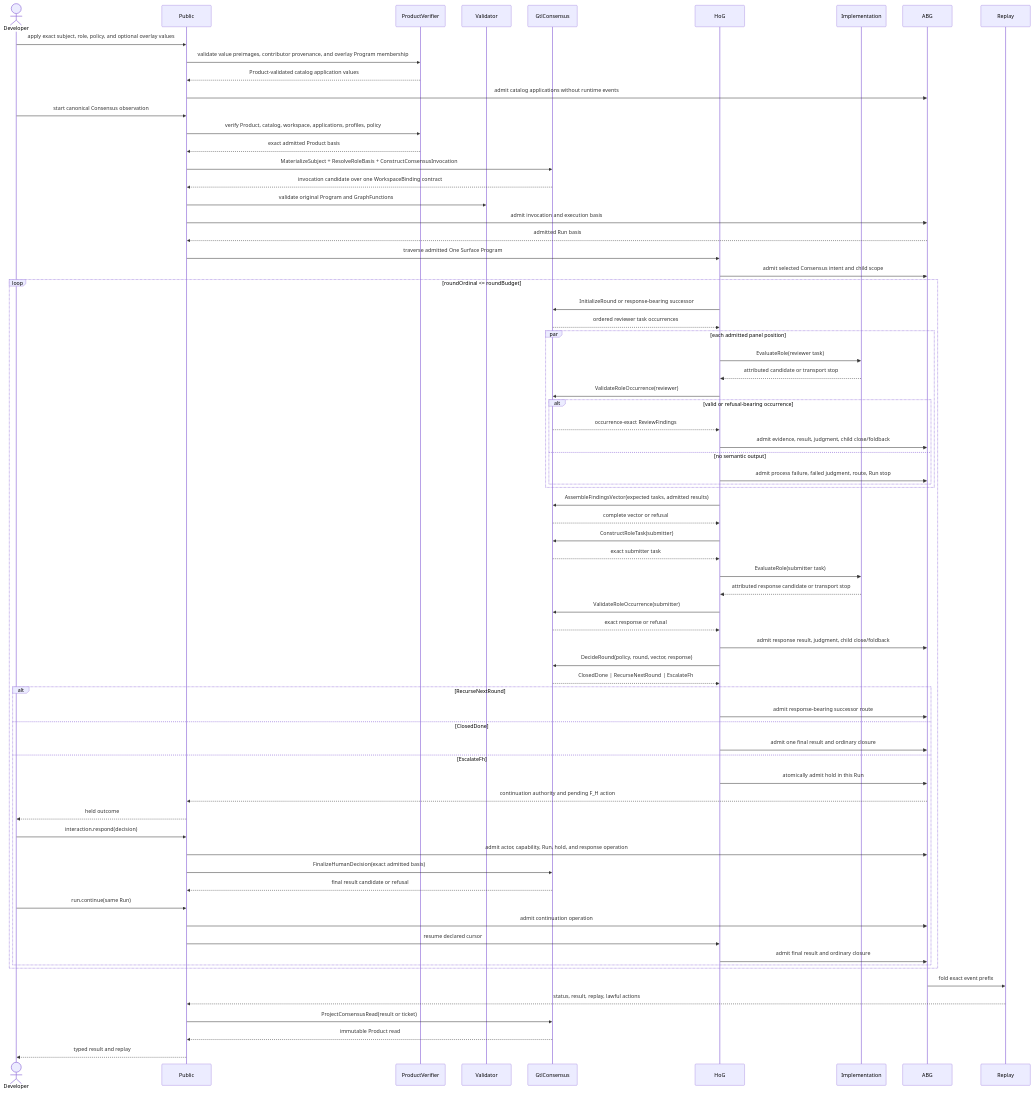
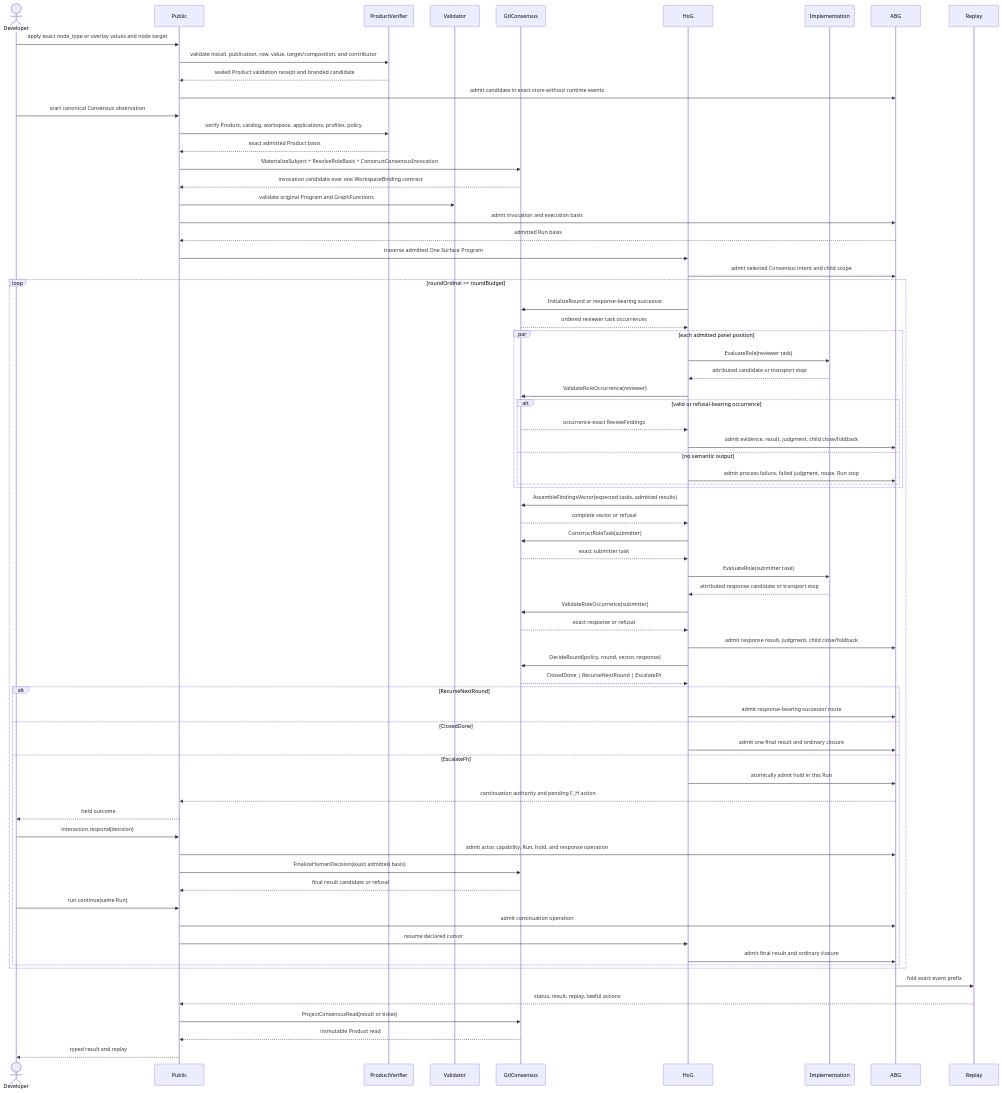
One commit to foolishimp/abiogenesis changed the second of 3 diagrams in build_tenants/abiogenesis/typescript/design/M05_S05_CONSENSUS_GLOBAL_TO_LOCAL_DESIGN.md. Above: the diagram before and after it, drawn with Mermaid. The commit also changed other lines of this file and 22 other files, not shown here.

Commit message:
fix(s05): seal catalog application authority

````diff
--- a/build_tenants/abiogenesis/typescript/design/M05_S05_CONSENSUS_GLOBAL_TO_LOCAL_DESIGN.md
+++ b/build_tenants/abiogenesis/typescript/design/M05_S05_CONSENSUS_GLOBAL_TO_LOCAL_DESIGN.md
@@ -633,77 +640,77 @@
 ```mermaid
 sequenceDiagram
   actor Developer
   participant Public
   participant ProductVerifier
   participant Validator
   participant GtlConsensus
   participant HoG
   participant Implementation
   participant ABG
   participant Replay
 
-  Developer->>Public: apply exact subject, role, policy, and optional overlay values
-  Public->>ProductVerifier: validate value preimages, contributor provenance, and overlay Program membership
-  ProductVerifier-->>Public: Product-validated catalog application values
-  Public->>ABG: admit catalog applications without runtime events
+  Developer->>Public: apply exact node_type or overlay values and node target
+  Public->>ProductVerifier: validate install, publication, row, value, target/composition, and contributor
+  ProductVerifier-->>Public: sealed Product validation receipt and branded candidate
+  Public->>ABG: admit candidate in exact store without runtime events
   Developer->>Public: start canonical Consensus observation
   Public->>ProductVerifier: verify Product, catalog, workspace, applications, profiles, policy
   ProductVerifier-->>Public: exact admitted Product basis
   Public->>GtlConsensus: MaterializeSubject + ResolveRoleBasis + ConstructConsensusInvocation
   GtlConsensus-->>Public: invocation candidate over one WorkspaceBinding contract
   Public->>Validator: validate original Program and GraphFunctions
   Public->>ABG: admit invocation and execution basis
   ABG-->>Public: admitted Run basis
   Public->>HoG: traverse admitted One Surface Program
   HoG->>ABG: admit selected Consensus intent and child scope
 
   loop roundOrdinal <= roundBudget
     HoG->>GtlConsensus: InitializeRound or response-bearing successor
     GtlConsensus-->>HoG: ordered reviewer task occurrences
     par each admitted panel position
       HoG->>Implementation: EvaluateRole(reviewer task)
       Implementation-->>HoG: attributed candidate or transport stop
       HoG->>GtlConsensus: ValidateRoleOccurrence(reviewer)
       alt valid or refusal-bearing occurrence
         GtlConsensus-->>HoG: occurrence-exact ReviewFindings
         HoG->>ABG: admit evidence, result, judgment, child close/foldback
       else no semantic output
         HoG->>ABG: admit process failure, failed judgment, route, Run stop
       end
     end
     HoG->>GtlConsensus: AssembleFindingsVector(expected tasks, admitted results)
     GtlConsensus-->>HoG: complete vector or refusal
     HoG->>GtlConsensus: ConstructRoleTask(submitter)
     GtlConsensus-->>HoG: exact submitter task
     HoG->>Implementation: EvaluateRole(submitter task)
     Implementation-->>HoG: attributed response candidate or transport stop
     HoG->>GtlConsensus: ValidateRoleOccurrence(submitter)
     GtlConsensus-->>HoG: exact response or refusal
     HoG->>ABG: admit response result, judgment, child close/foldback
     HoG->>GtlConsensus: DecideRound(policy, round, vector, response)
     GtlConsensus-->>HoG: ClosedDone | RecurseNextRound | EscalateFh
     alt RecurseNextRound
       HoG->>ABG: admit response-bearing successor route
     else ClosedDone
       HoG->>ABG: admit one final result and ordinary closure
     else EscalateFh
       HoG->>ABG: atomically admit hold in this Run
       ABG-->>Public: continuation authority and pending F_H action
       Public-->>Developer: held outcome
       Developer->>Public: interaction.respond(decision)
       Public->>ABG: admit actor, capability, Run, hold, and response operation
       Public->>GtlConsensus: FinalizeHumanDecision(exact admitted basis)
       GtlConsensus-->>Public: final result candidate or refusal
       Developer->>Public: run.continue(same Run)
       Public->>ABG: admit continuation operation
       Public->>HoG: resume declared cursor
       HoG->>ABG: admit final result and ordinary closure
     end
   end
 
   ABG->>Replay: fold exact event prefix
   Replay-->>Public: status, result, replay, lawful actions
   Public->>GtlConsensus: ProjectConsensusRead(result or ticket)
   GtlConsensus-->>Public: immutable Product read
   Public-->>Developer: typed result and replay
 ```
````
